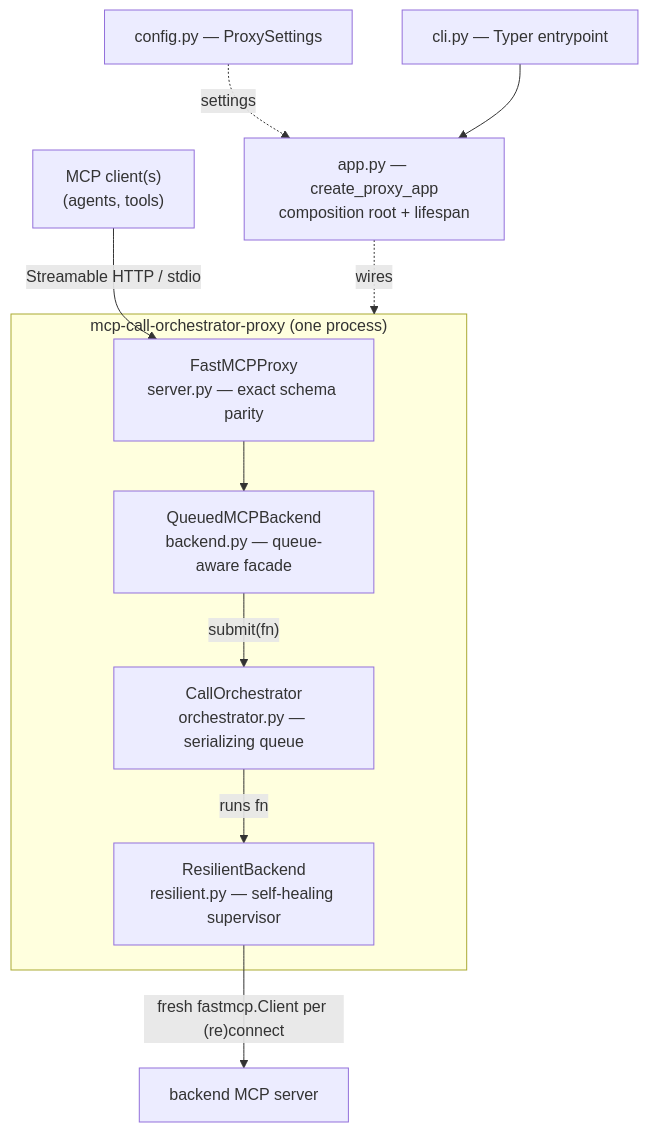
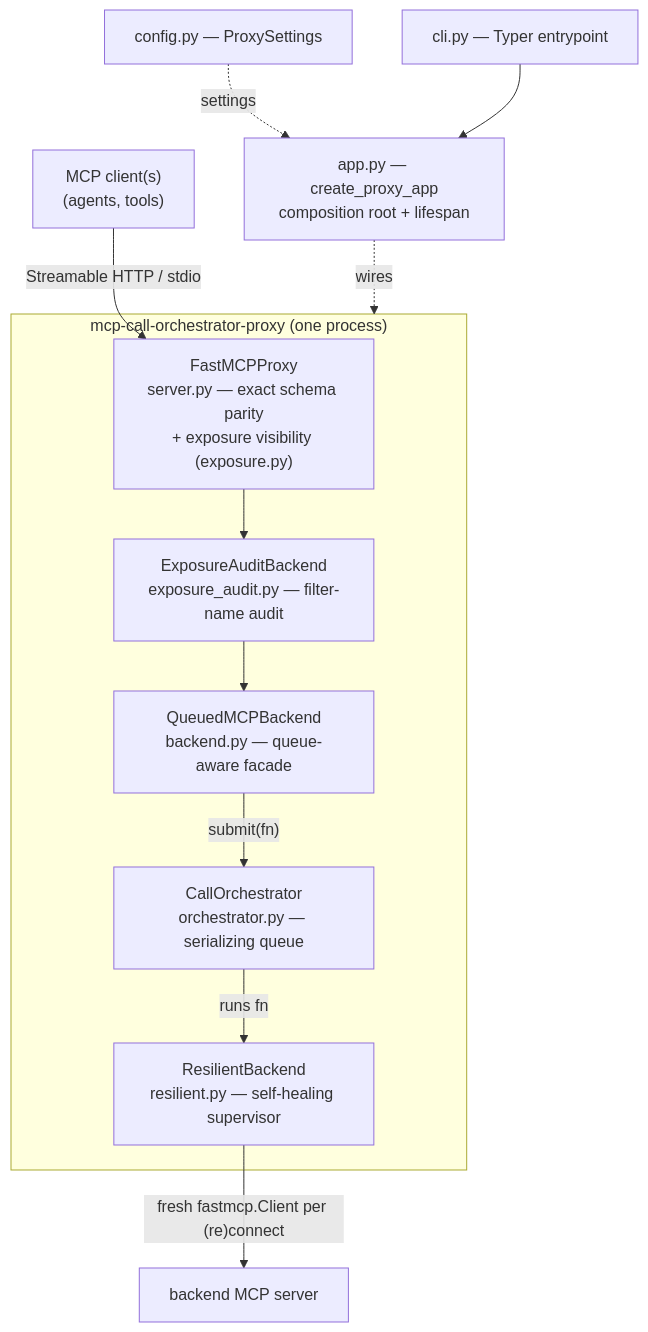
One commit to eoc-llm-tooling/mcp-call-orchestrator-proxy changed the diagram in ARCHITECTURE.md. Above: the diagram before and after it, drawn with Mermaid. The commit also changed other lines of this file and 2 other files, not shown here.

First line of the commit message:
docs: describe exposure control and the warning-level rule

````diff
--- a/ARCHITECTURE.md
+++ b/ARCHITECTURE.md
@@ -68,20 +70,22 @@
 ```mermaid
 flowchart TD
     C["MCP client(s)<br/>(agents, tools)"] -->|"Streamable HTTP / stdio"| P
 
     subgraph proxy["mcp-call-orchestrator-proxy (one process)"]
-        P["FastMCPProxy<br/>server.py — exact schema parity"]
+        P["FastMCPProxy<br/>server.py — exact schema parity<br/>+ exposure visibility (exposure.py)"]
+        E["ExposureAuditBackend<br/>exposure_audit.py — filter-name audit"]
         Q["QueuedMCPBackend<br/>backend.py — queue-aware facade"]
         O["CallOrchestrator<br/>orchestrator.py — serializing queue"]
         R["ResilientBackend<br/>resilient.py — self-healing supervisor"]
-        P --> Q
+        P --> E
+        E --> Q
         Q -->|"submit(fn)"| O
         O -->|"runs fn"| R
     end
 
     R -->|"fresh fastmcp.Client per (re)connect"| B["backend MCP server"]
 
     A["app.py — create_proxy_app<br/>composition root + lifespan"] -.wires.-> proxy
     CFG["config.py — ProxySettings"] -.->|"settings"| A
     CLI["cli.py — Typer entrypoint"] --> A
 ```
````
